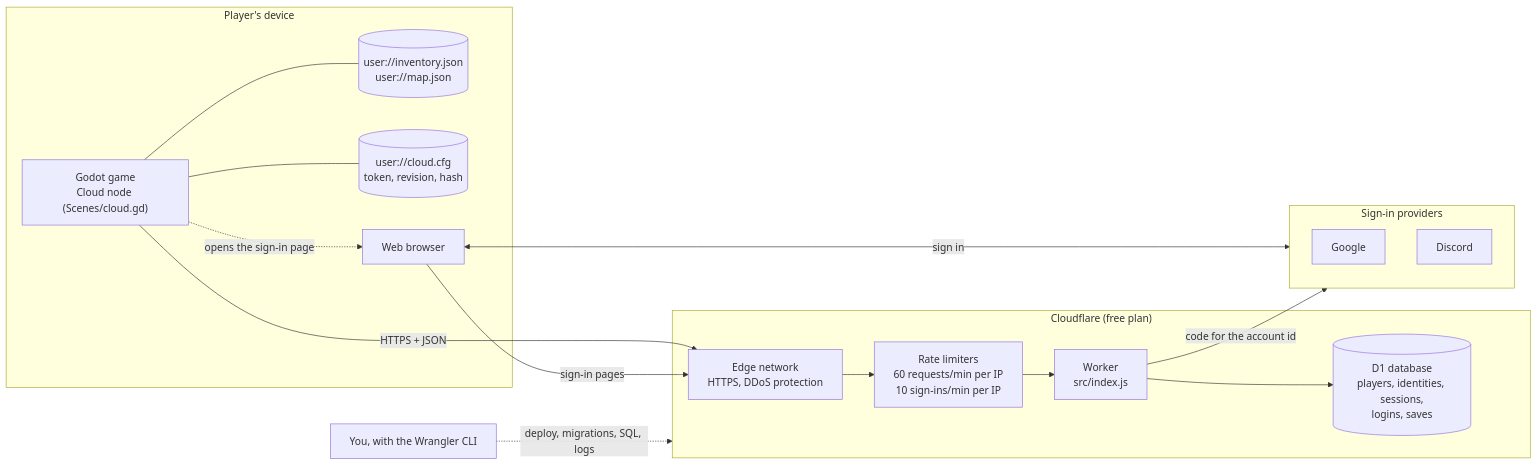
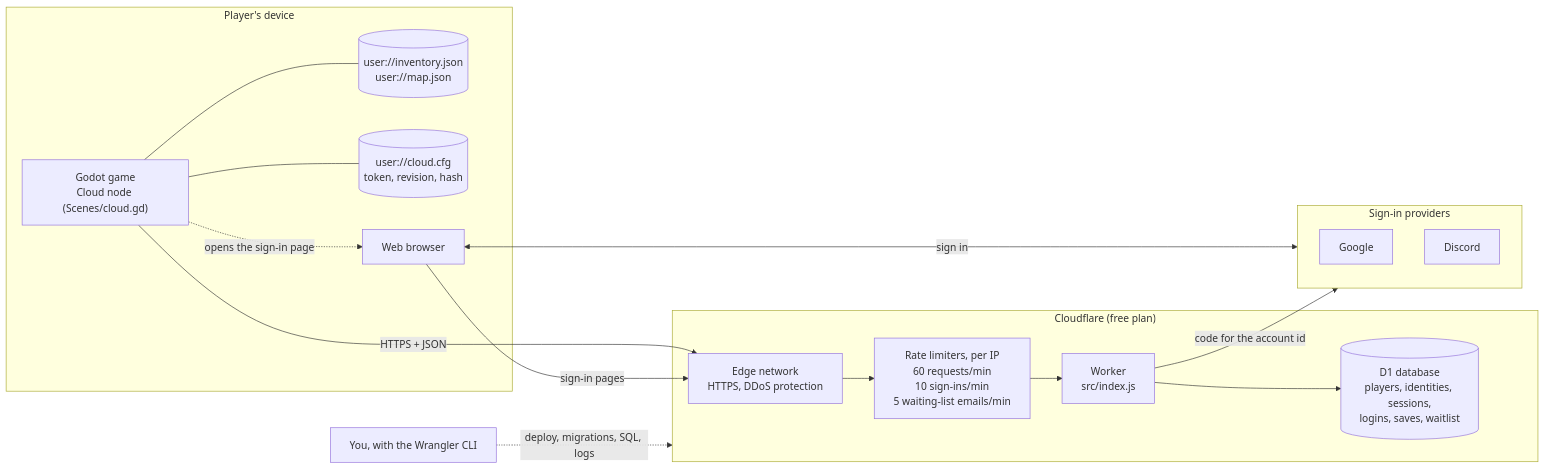
One commit to dikmedvescekmurovec/kobold-clicker changed the first of 7 diagrams in backend/leaderboard/README.md. Above: the diagram before and after it, drawn with Mermaid. The commit also changed other lines of this file and 7 other files, not shown here.

````diff
--- a/backend/leaderboard/README.md
+++ b/backend/leaderboard/README.md
@@ -53,31 +53,31 @@
 ```mermaid
 flowchart LR
     subgraph PC["Player's device"]
         Game["Godot game<br/>Cloud node (Scenes/cloud.gd)"]
         Files[("user://inventory.json<br/>user://map.json")]
         Cfg[("user://cloud.cfg<br/>token, revision, hash")]
         Browser["Web browser"]
         Game --- Files
         Game --- Cfg
         Game -. "opens the sign-in page" .-> Browser
     end
 
     subgraph CF["Cloudflare (free plan)"]
         Edge["Edge network<br/>HTTPS, DDoS protection"]
-        RL["Rate limiters<br/>60 requests/min per IP<br/>10 sign-ins/min per IP"]
+        RL["Rate limiters, per IP<br/>60 requests/min<br/>10 sign-ins/min<br/>5 waiting-list emails/min"]
         W["Worker<br/>src/index.js"]
-        D1[("D1 database<br/>players, identities, sessions,<br/>logins, saves")]
+        D1[("D1 database<br/>players, identities, sessions,<br/>logins, saves, waitlist")]
         Edge --> RL --> W --> D1
     end
 
     subgraph ID["Sign-in providers"]
         G["Google"]
         Dc["Discord"]
     end
 
     Game -- "HTTPS + JSON" --> Edge
     Browser -- "sign-in pages" --> Edge
     Browser <-- "sign in" --> ID
     W -- "code for the account id" --> ID
     You["You, with the Wrangler CLI"] -. "deploy, migrations, SQL, logs" .-> CF
 ```
````
